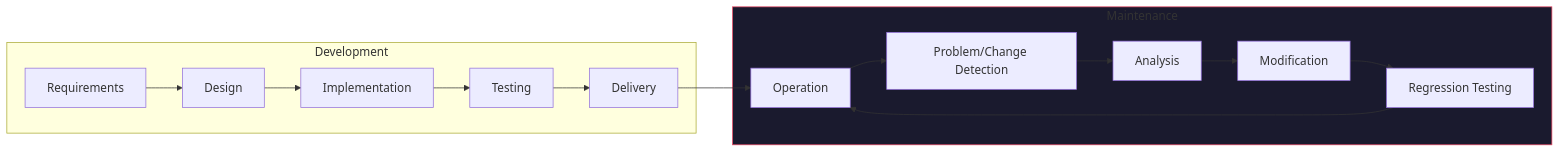
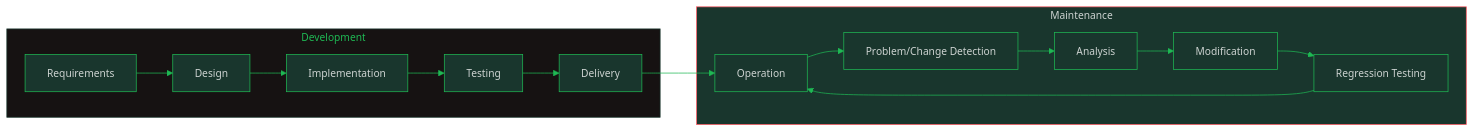
Before and after one commit to oat431/swe-knowledge: the first of 5 diagrams in software-engineering-note/07_Software_Maintenance/07_Maintenance_Fundamentals.md, drawn with Mermaid. The commit also changed other lines of this file and 10 other files, not shown here.

````diff
--- a/software-engineering-note/07_Software_Maintenance/07_Maintenance_Fundamentals.md
+++ b/software-engineering-note/07_Software_Maintenance/07_Maintenance_Fundamentals.md
@@ -52,18 +52,19 @@
 ```mermaid
+%%{init: {'theme':'base','themeVariables':{'primaryColor':'#19362D','primaryTextColor':'#CDD3D1','primaryBorderColor':'#1FB854','lineColor':'#1FB854','secondaryColor':'#161212','tertiaryColor':'#1B1717','background':'#1B1717','mainBkg':'#19362D','nodeBorder':'#1FB854','clusterBkg':'#161212','clusterBorder':'#19362D','titleColor':'#1FB854','edgeLabelBackground':'#161212','fontSize':'14px'}}}%%
 flowchart LR
     subgraph Development
         A[Requirements] --> B[Design]
         B --> C[Implementation]
         C --> D[Testing]
         D --> E[Delivery]
     end
     subgraph Maintenance
         E --> F[Operation]
         F --> G[Problem/Change Detection]
         G --> H[Analysis]
         H --> I[Modification]
         I --> J[Regression Testing]
         J --> F
     end
-    style Maintenance fill:#1a1a2e,stroke:#e94560
+    style Maintenance fill:#19362D,stroke:#FF5861,color:#CDD3D1
 ```
````
